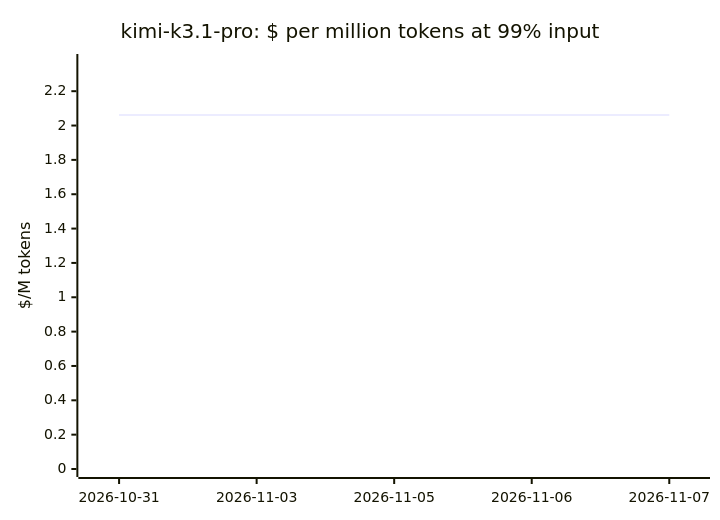
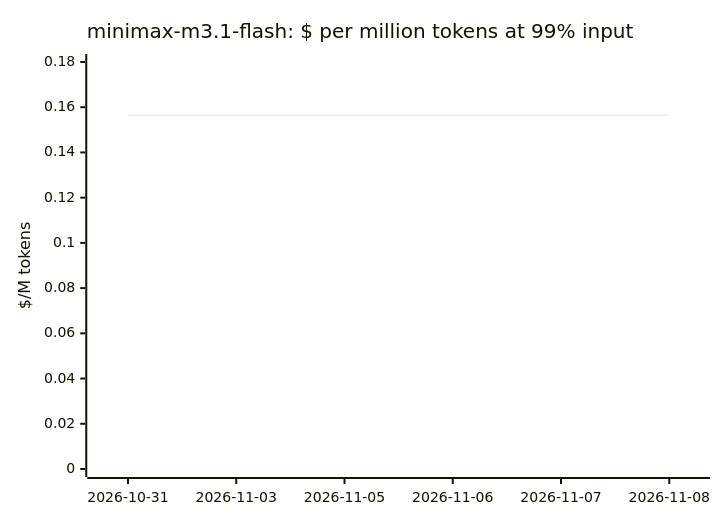
One commit to cklukas/OMEGA_TRANSFORM changed the tenth of 20 diagrams in docs/openrouter-models.md. Above: the diagram before and after it, drawn with Mermaid. The commit also changed other lines of this file and 47 other files, not shown here.

````diff
--- a/docs/openrouter-models.md
+++ b/docs/openrouter-models.md
@@ -221,7 +222,7 @@
 ```mermaid
 xychart-beta
-    title "kimi-k3.1-pro: $ per million tokens at 99% input"
-    x-axis ["2026-10-31", "2026-11-03", "2026-11-05", "2026-11-06", "2026-11-07"]
-    y-axis "$/M tokens" 0 --> 2.37
-    line [2.061, 2.061, 2.061, 2.061, 2.061]
+    title "minimax-m3.1-flash: $ per million tokens at 99% input"
+    x-axis ["2026-10-31", "2026-11-03", "2026-11-05", "2026-11-06", "2026-11-07", "2026-11-08"]
+    y-axis "$/M tokens" 0 --> 0.18
+    line [0.1565, 0.1565, 0.1565, 0.1565, 0.1565, 0.1565]
 ```
````
